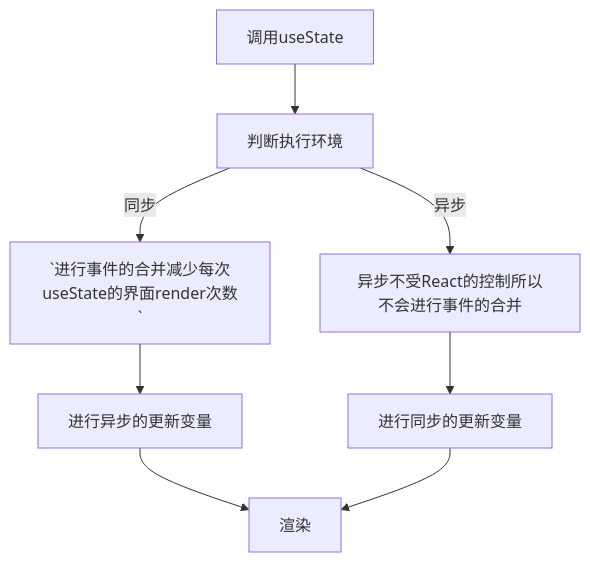
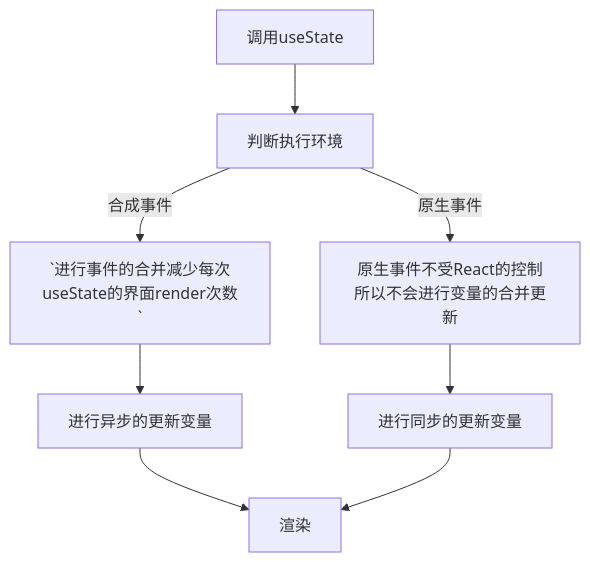
One commit to liquidGo/Basic_Konwledge_Extension changed the third of 3 diagrams in 09_REACT/[⭐⭐⭐⭐⭐]-useState是同步还是异步.md. Above: the diagram before and after it, drawn with Mermaid. The commit also changed other lines of this file, not shown here.

````diff
--- a/09_REACT/[⭐⭐⭐⭐⭐]-useState是同步还是异步.md
+++ b/09_REACT/[⭐⭐⭐⭐⭐]-useState是同步还是异步.md
@@ -29,8 +29,8 @@
 ```mermaid
 flowchart TB
   调用useState-->1[判断执行环境]
-  1--同步-->11[`进行事件的合并减少每次useState的界面render次数`]
+  1--合成事件-->11[`进行事件的合并减少每次useState的界面render次数`]
     11-->进行异步的更新变量-->2[渲染]
-  1--异步-->12[异步不受React的控制所以不会进行事件的合并]
+  1--原生事件-->12[原生事件不受React的控制所以不会进行变量的合并更新]
     12-->进行同步的更新变量-->2
 ```
````
